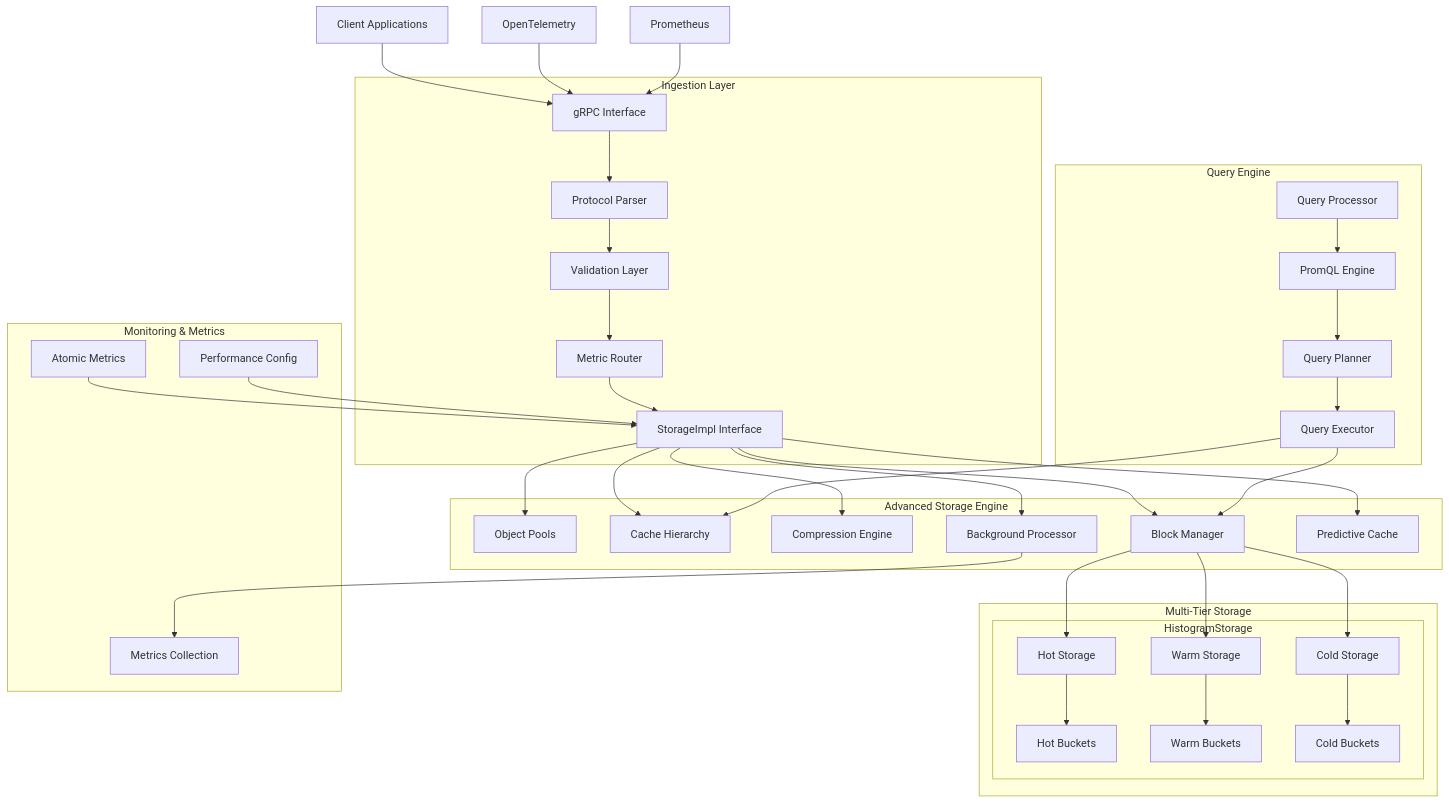
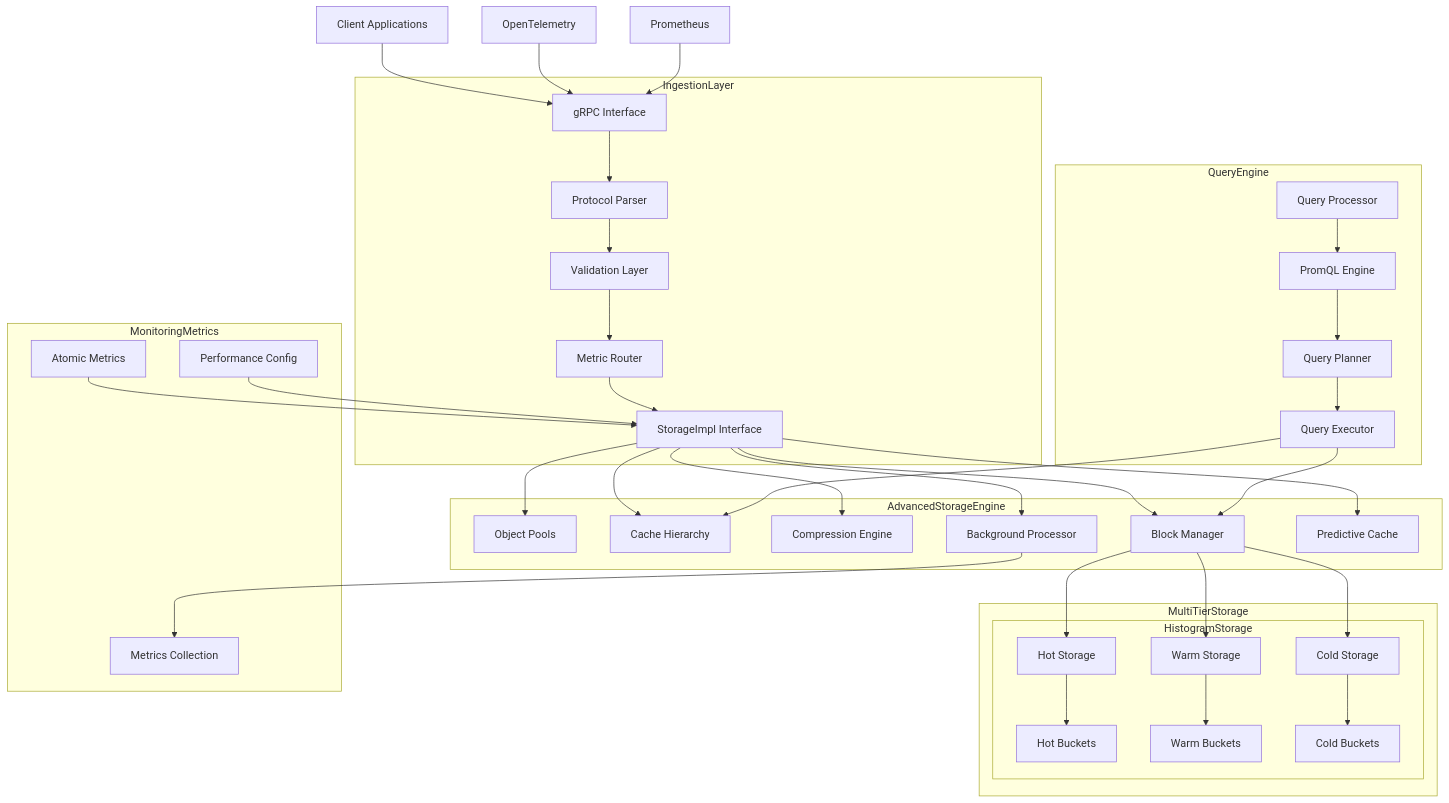
The first of 12 diagrams in diagrams.md (vobbilis/mytsdb), drawn with Mermaid before and after one commit. The commit also changed other lines of this file, not shown here.

Commit message:
Fix Mermaid syntax errors in diagrams.md - remove parentheses and spaces from subgraph names

````diff
--- a/diagrams.md
+++ b/diagrams.md
@@ -7,48 +7,48 @@
 ```mermaid
 graph TB
     Client[Client Applications] --> GRPC[gRPC Interface]
     OTEL[OpenTelemetry] --> GRPC
     Prometheus[Prometheus] --> GRPC
     
-    subgraph Ingestion Layer
+    subgraph IngestionLayer
         GRPC --> Parser[Protocol Parser]
         Parser --> Validator[Validation Layer]
         Validator --> Router[Metric Router]
         Router --> StorageImpl[StorageImpl Interface]
     end
     
-    subgraph Advanced Storage Engine
+    subgraph AdvancedStorageEngine
         StorageImpl --> ObjectPools[Object Pools]
         StorageImpl --> CacheHierarchy[Cache Hierarchy]
         StorageImpl --> Compression[Compression Engine]
         StorageImpl --> BlockManager[Block Manager]
         StorageImpl --> BackgroundProc[Background Processor]
         StorageImpl --> PredictiveCache[Predictive Cache]
     end
     
-    subgraph Multi-Tier Storage
+    subgraph MultiTierStorage
         BlockManager --> HotStorage[Hot Storage]
         BlockManager --> WarmStorage[Warm Storage]
         BlockManager --> ColdStorage[Cold Storage]
         
         subgraph HistogramStorage
             HotStorage --> HBuckets[Hot Buckets]
             WarmStorage --> WBuckets[Warm Buckets]
             ColdStorage --> CBuckets[Cold Buckets]
         end
     end
     
-    subgraph Query Engine
+    subgraph QueryEngine
         Query[Query Processor] --> PromQL[PromQL Engine]
         PromQL --> Planner[Query Planner]
         Planner --> Executor[Query Executor]
         Executor --> CacheHierarchy
         Executor --> BlockManager
     end
     
-    subgraph Monitoring & Metrics
+    subgraph MonitoringMetrics
         AtomicMetrics[Atomic Metrics] --> StorageImpl
         PerformanceConfig[Performance Config] --> StorageImpl
         BackgroundProc --> MetricsCollection[Metrics Collection]
     end
 ```
````
